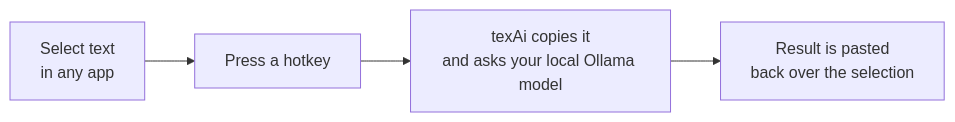
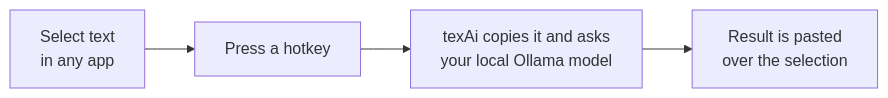
One commit to cthboss001/texai changed the first of 4 diagrams in USER_GUIDE.md. Above: the diagram before and after it, drawn with Mermaid. The commit also changed other lines of this file and 3 other files, not shown here.

````diff
--- a/USER_GUIDE.md
+++ b/USER_GUIDE.md
@@ -7,6 +7,6 @@
 ```mermaid
 flowchart LR
-    A[Select text\nin any app] --> B[Press a hotkey]
-    B --> C[texAi copies it\nand asks your local Ollama model]
-    C --> D[Result is pasted\nback over the selection]
+    A[Select text<br/>in any app] --> B[Press a hotkey]
+    B --> C[texAi copies it and asks<br/>your local Ollama model]
+    C --> D[Result is pasted<br/>over the selection]
 ```
````
